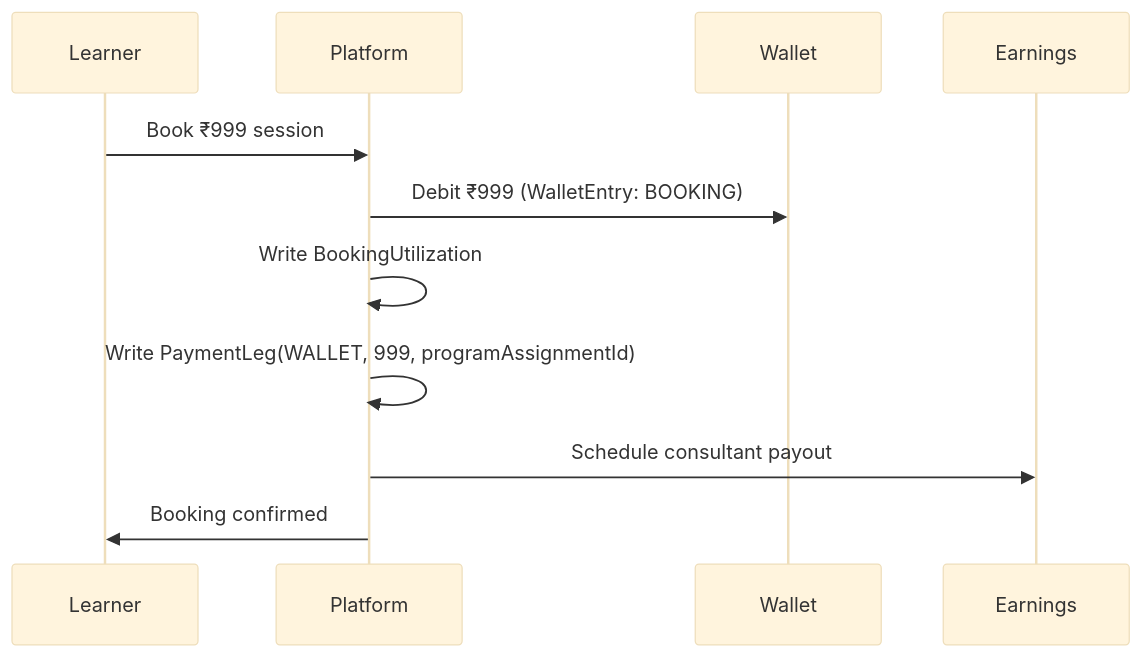
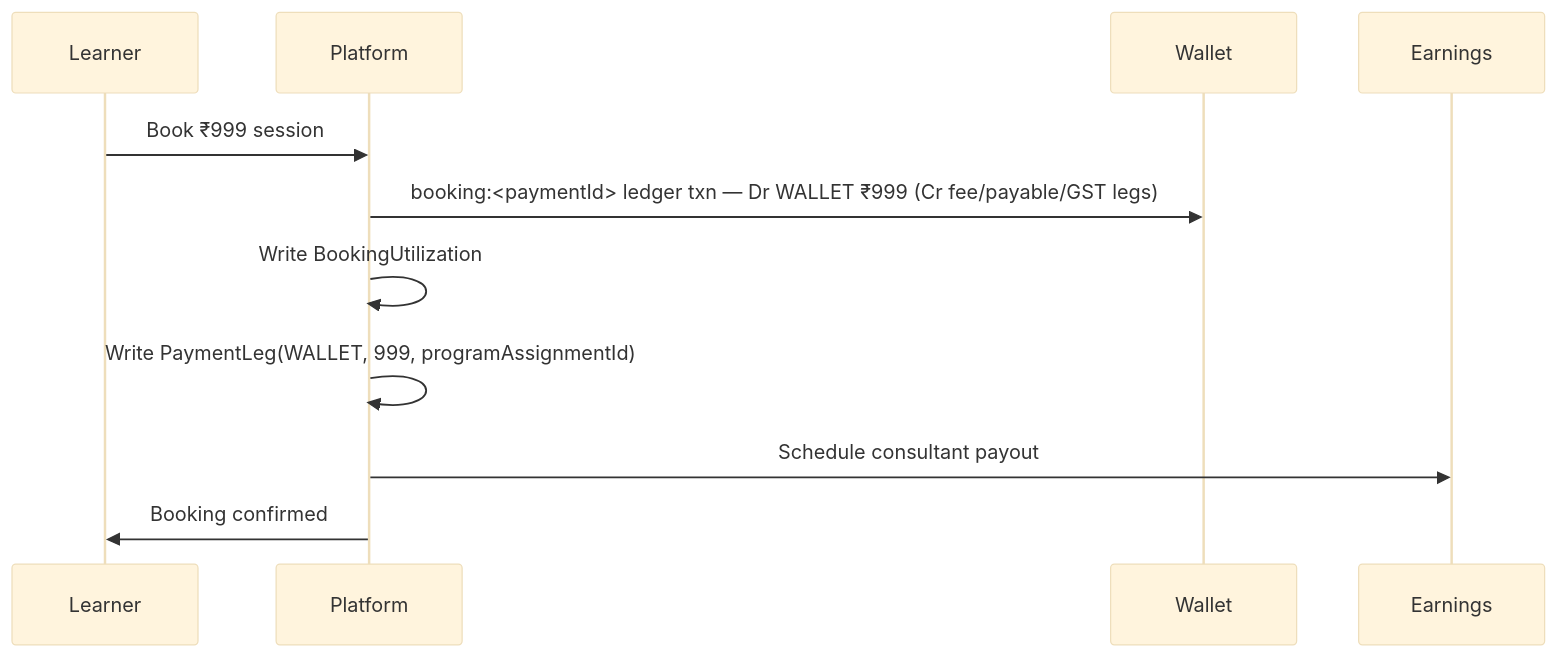
Before and after one commit to Practitionist/familiarise_web: the fifth of 24 diagrams in docs/enterprise/explainers/complete-guide.md, drawn with Mermaid (base theme). The commit also changed other lines of this file and 78 other files, not shown here.

````diff
--- a/docs/enterprise/explainers/complete-guide.md
+++ b/docs/enterprise/explainers/complete-guide.md
@@ -437,13 +440,13 @@
 ```mermaid
 sequenceDiagram
     participant Learner
     participant Platform
     participant Wallet
     participant Earnings
     Learner->>Platform: Book ₹999 session
-    Platform->>Wallet: Debit ₹999 (WalletEntry: BOOKING)
+    Platform->>Wallet: booking:<paymentId> ledger txn — Dr WALLET ₹999 (Cr fee/payable/GST legs)
     Platform->>Platform: Write BookingUtilization
     Platform->>Platform: Write PaymentLeg(WALLET, 999, programAssignmentId)
     Platform->>Earnings: Schedule consultant payout
     Platform->>Learner: Booking confirmed
 ```
````
